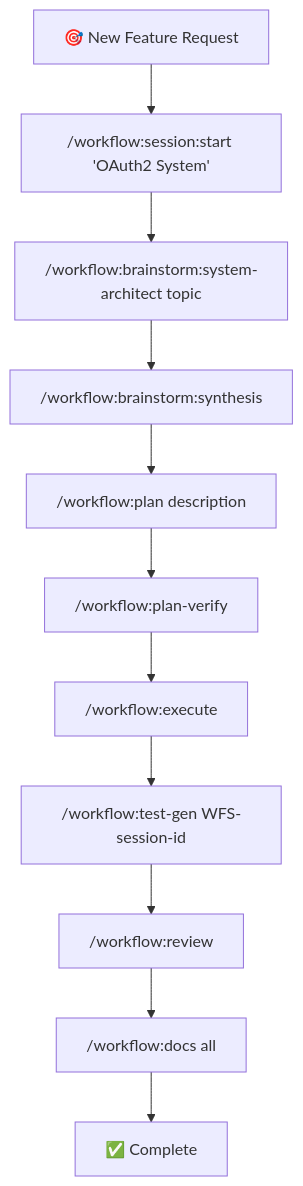
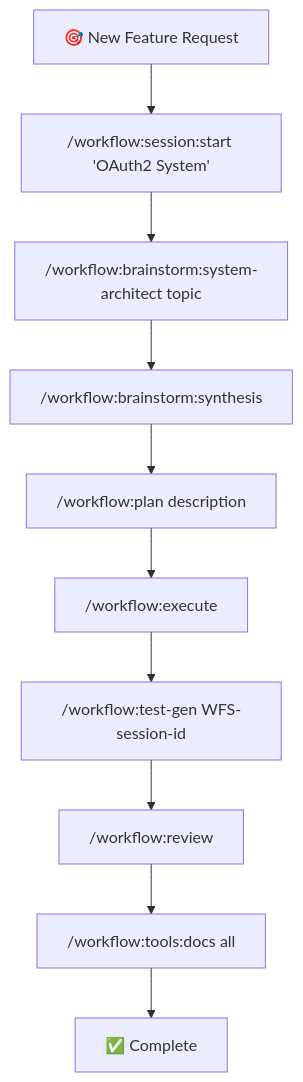
Before and after one commit to 74587/Claude-Code-Workflow: the second of 4 diagrams in README.md, drawn with Mermaid. The commit also changed other lines of this file, not shown here.

````diff
--- a/README.md
+++ b/README.md
@@ -252,13 +254,12 @@
 ```mermaid
 graph TD
     START[🎯 New Feature Request] --> SESSION["/workflow:session:start 'OAuth2 System'"]
     SESSION --> BRAINSTORM["/workflow:brainstorm:system-architect topic"]
     BRAINSTORM --> SYNTHESIS["/workflow:brainstorm:synthesis"]
     SYNTHESIS --> PLAN["/workflow:plan description"]
-    PLAN --> VERIFY["/workflow:plan-verify"]
-    VERIFY --> EXECUTE["/workflow:execute"]
+    PLAN --> EXECUTE["/workflow:execute"]
     EXECUTE --> TEST["/workflow:test-gen WFS-session-id"]
     TEST --> REVIEW["/workflow:review"]
-    REVIEW --> DOCS["/workflow:docs all"]
+    REVIEW --> DOCS["/workflow:tools:docs all"]
     DOCS --> COMPLETE[✅ Complete]
 ```
````
